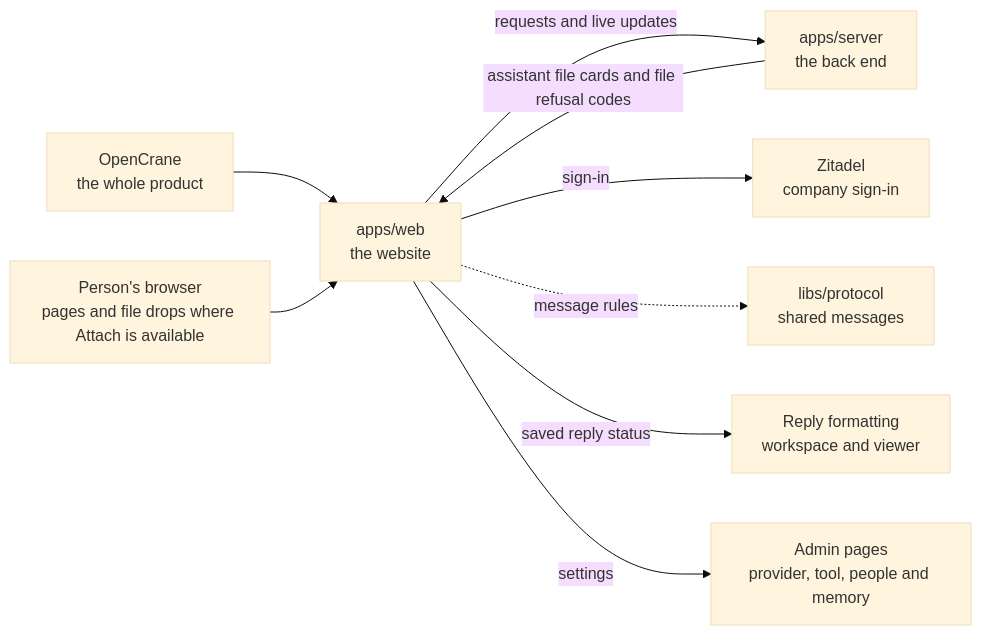
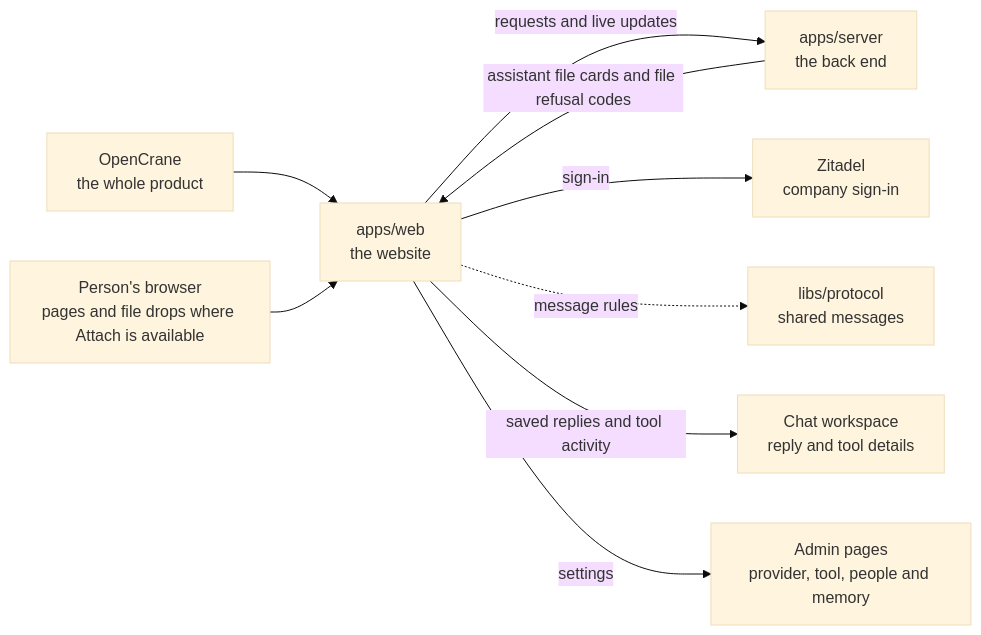
The diagram in apps/web/README.md (elewa-git/opencrane-new), drawn with Mermaid (base theme) before and after one commit. The commit also changed other lines of this file and 19 other files, not shown here.

Commit message:
💬 Expand safe tool details within chat lines

````diff
--- a/apps/web/README.md
+++ b/apps/web/README.md
@@ -16,11 +16,11 @@
 ```mermaid
 flowchart LR
   system["OpenCrane<br/>the whole product"] --> web["apps/web<br/>the website"]
   browser["Person's browser<br/>pages and file drops where Attach is available"] --> web
   web -->|requests and live updates| server["apps/server<br/>the back end"]
   server -->|assistant file cards and file refusal codes| web
   web -->|sign-in| zitadel["Zitadel<br/>company sign-in"]
   web -.->|message rules| protocol["libs/protocol<br/>shared messages"]
-  web -->|saved reply status| capture["Reply formatting<br/>workspace and viewer"]
+  web -->|saved replies and tool activity| capture["Chat workspace<br/>reply and tool details"]
   web -->|settings| admin["Admin pages<br/>provider, tool, people and memory"]
 ```
````
